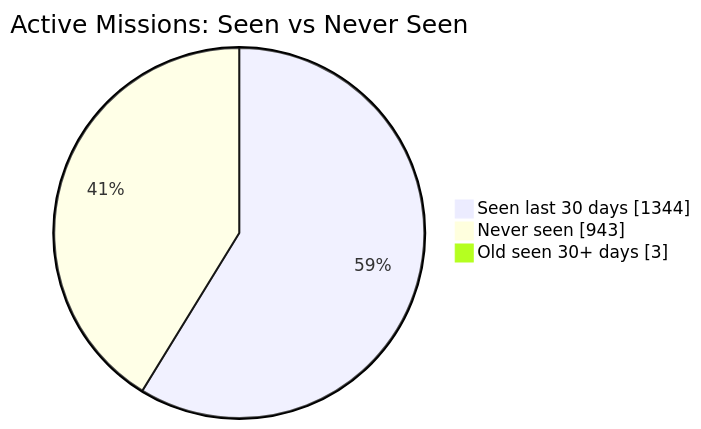
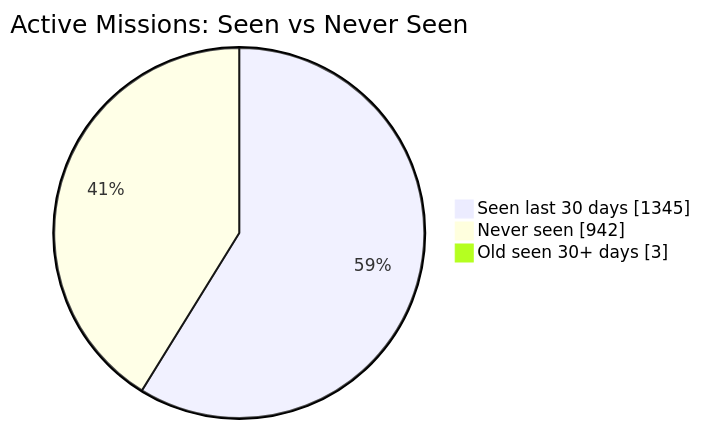
One commit to MeldkamerspelGameTeam/active-missions changed the first of 2 diagrams in README.md. Above: the diagram before and after it, drawn with Mermaid. The commit also changed other lines of this file and 2 other files, not shown here.

````diff
--- a/README.md
+++ b/README.md
@@ -34,7 +34,7 @@
 ```mermaid
 pie showData
     title Active Missions: Seen vs Never Seen
-    "Seen last 30 days" : 1344
-    "Never seen" : 943
+    "Seen last 30 days" : 1345
+    "Never seen" : 942
     "Old seen 30+ days" : 3
 ```
````
